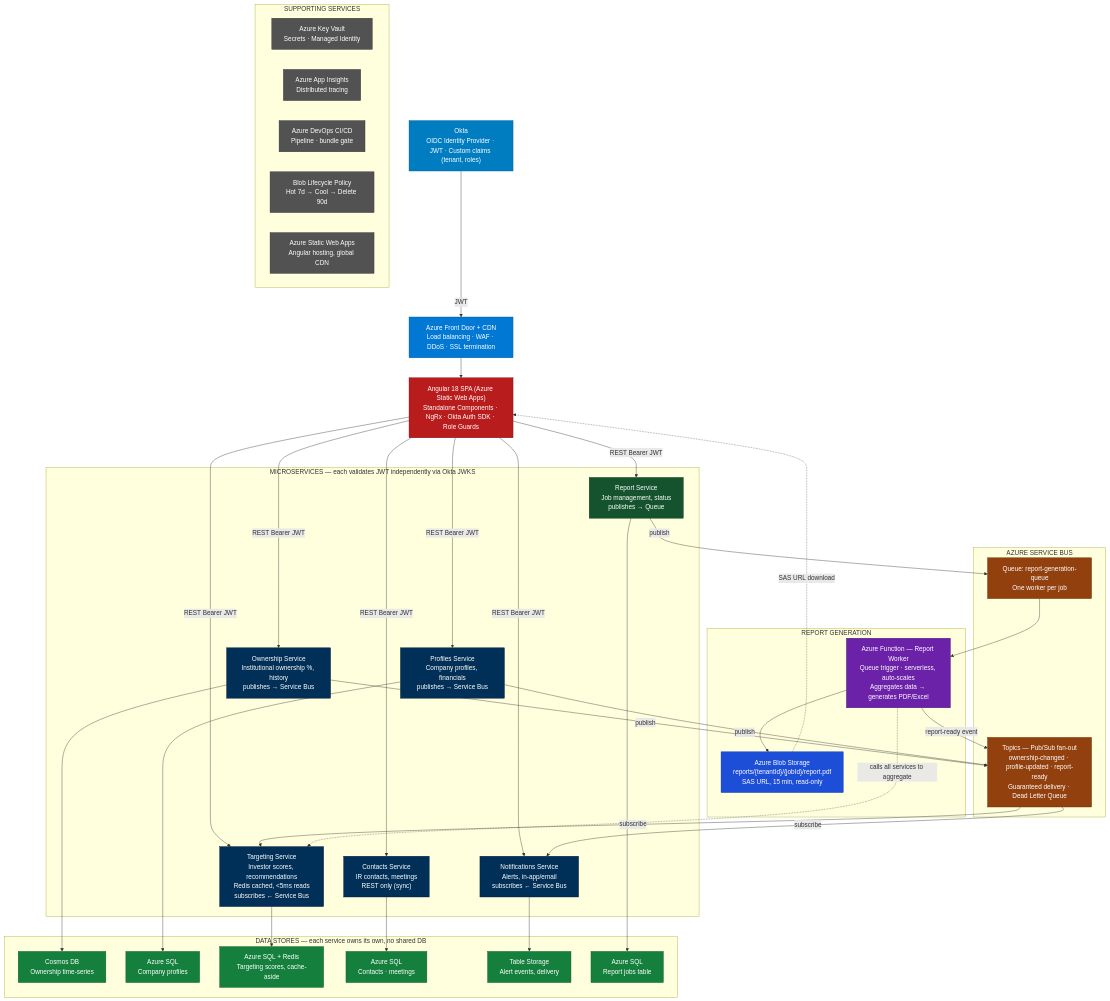
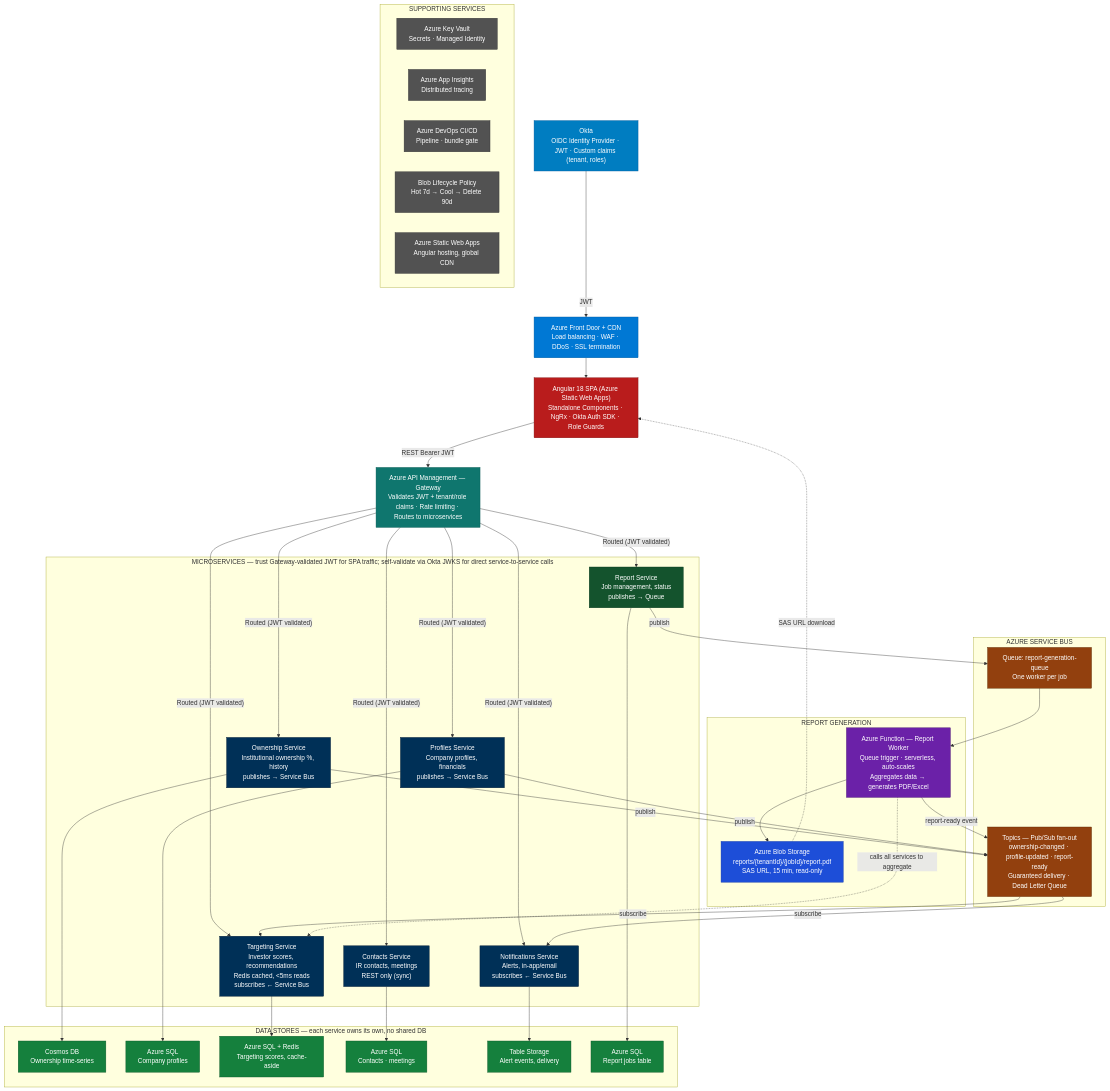
The diagram in capital-access-project/capital-access-interview-story.md (apoorv2009/interview-vault), drawn with Mermaid before and after one commit. The commit also changed other lines of this file and 2 other files, not shown here.

Commit message:
Fix API Gateway inconsistency across Capital Access docs

```diff
--- a/capital-access-project/capital-access-interview-story.md
+++ b/capital-access-project/capital-access-interview-story.md
@@ -54,8 +54,9 @@
     Okta["Okta<br/>OIDC Identity Provider · JWT · Custom claims (tenant, roles)"]
     FD["Azure Front Door + CDN<br/>Load balancing · WAF · DDoS · SSL termination"]
     SPA["Angular 18 SPA (Azure Static Web Apps)<br/>Standalone Components · NgRx · Okta Auth SDK · Role Guards"]
+    GW["Azure API Management — Gateway<br/>Validates JWT + tenant/role claims · Rate limiting · Routes to microservices"]
 
-    subgraph MS["MICROSERVICES — each validates JWT independently via Okta JWKS"]
+    subgraph MS["MICROSERVICES — trust Gateway-validated JWT for SPA traffic; self-validate via Okta JWKS for direct service-to-service calls"]
         Own["Ownership Service<br/>Institutional ownership %, history<br/>publishes → Service Bus"]
         Prof["Profiles Service<br/>Company profiles, financials<br/>publishes → Service Bus"]
         Targ["Targeting Service<br/>Investor scores, recommendations<br/>Redis cached, &lt;5ms reads<br/>subscribes ← Service Bus"]
@@ -93,12 +94,13 @@
 
     Okta -- JWT --> FD
     FD --> SPA
-    SPA -- "REST Bearer JWT" --> Own
-    SPA -- "REST Bearer JWT" --> Prof
-    SPA -- "REST Bearer JWT" --> Targ
-    SPA -- "REST Bearer JWT" --> Cont
-    SPA -- "REST Bearer JWT" --> Notif
-    SPA -- "REST Bearer JWT" --> Rep
+    SPA -- "REST Bearer JWT" --> GW
+    GW -- "Routed (JWT validated)" --> Own
+    GW -- "Routed (JWT validated)" --> Prof
+    GW -- "Routed (JWT validated)" --> Targ
+    GW -- "Routed (JWT validated)" --> Cont
+    GW -- "Routed (JWT validated)" --> Notif
+    GW -- "Routed (JWT validated)" --> Rep
 
     Own -- publish --> Topics
     Prof -- publish --> Topics
@@ -122,6 +124,7 @@
     classDef identity fill:#007DC1,color:#fff,stroke:#005A9E
     classDef edge fill:#0078D4,color:#fff,stroke:#005A9E
     classDef frontend fill:#B91C1C,color:#fff,stroke:#7F1010
+    classDef gateway fill:#0F766E,color:#fff,stroke:#0B5A54
     classDef svc fill:#003057,color:#fff,stroke:#001933
     classDef report fill:#14532D,color:#fff,stroke:#0A3A1E
     classDef bus fill:#92400E,color:#fff,stroke:#5C2800
@@ -134,6 +137,7 @@
     class Okta identity
     class FD edge
     class SPA frontend
+    class GW gateway
     class Own,Prof,Targ,Cont,Notif svc
     class Rep report
     class Topics,Queue bus
```
